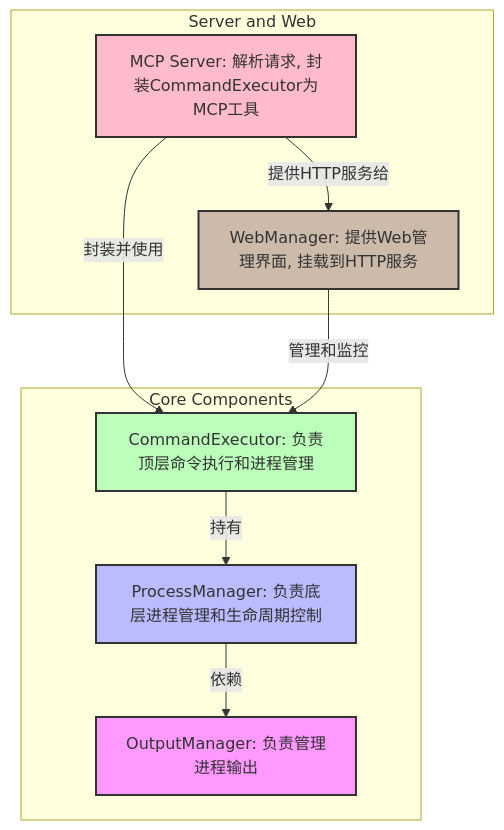
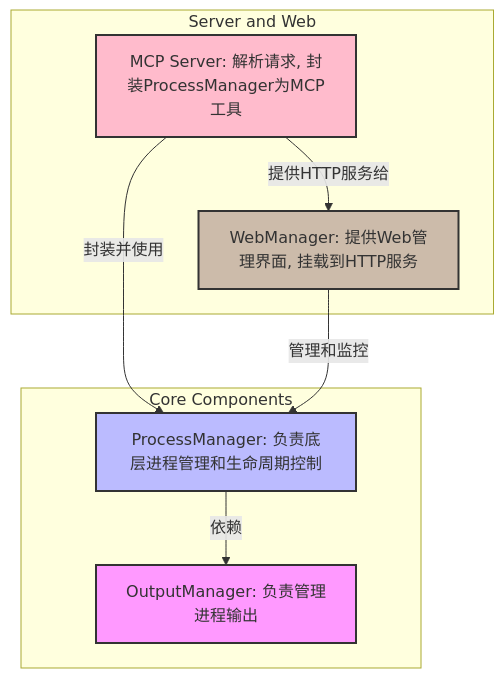
Before and after one commit to Spark-Liang/mcp-os-server: the first of 4 diagrams in docs/mcp-command-server-TDS.md, drawn with Mermaid. The commit also changed other lines of this file and 39 other files, not shown here.

Commit message:
feat: 使用 anyio 重构 command_server 的运行方式

````diff
--- a/docs/mcp-command-server-TDS.md
+++ b/docs/mcp-command-server-TDS.md
@@ -7,25 +7,22 @@
 ```mermaid
 graph TD
     subgraph Core Components
         OutputManager[OutputManager: 负责管理进程输出]
         ProcessManager[ProcessManager: 负责底层进程管理和生命周期控制]
-        CommandExecutor[CommandExecutor: 负责顶层命令执行和进程管理]
     end
 
     subgraph Server and Web
-        MCPServer[MCP Server: 解析请求, 封装CommandExecutor为MCP工具]
+        MCPServer[MCP Server: 解析请求, 封装ProcessManager为MCP工具]
         WebManager[WebManager: 提供Web管理界面, 挂载到HTTP服务]
     end
 
-    CommandExecutor -- 持有 --> ProcessManager
+    MCPServer -- 封装并使用 --> ProcessManager
     ProcessManager -- 依赖 --> OutputManager
-    MCPServer -- 封装并使用 --> CommandExecutor
-    WebManager -- 管理和监控 --> CommandExecutor
+    WebManager -- 管理和监控 --> ProcessManager
     MCPServer -- 提供HTTP服务给 --> WebManager
 
     style OutputManager fill:#f9f,stroke:#333,stroke-width:2px
     style ProcessManager fill:#bbf,stroke:#333,stroke-width:2px
-    style CommandExecutor fill:#bfb,stroke:#333,stroke-width:2px
     style MCPServer fill:#fbc,stroke:#333,stroke-width:2px
     style WebManager fill:#cba,stroke:#333,stroke-width:2px
 ```
````
